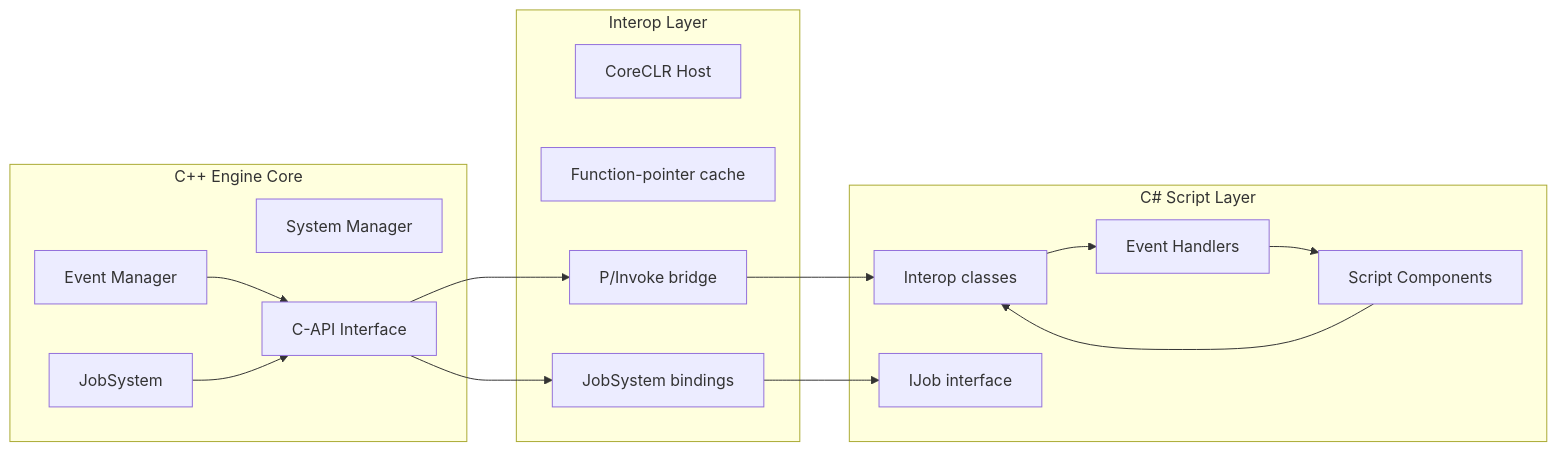
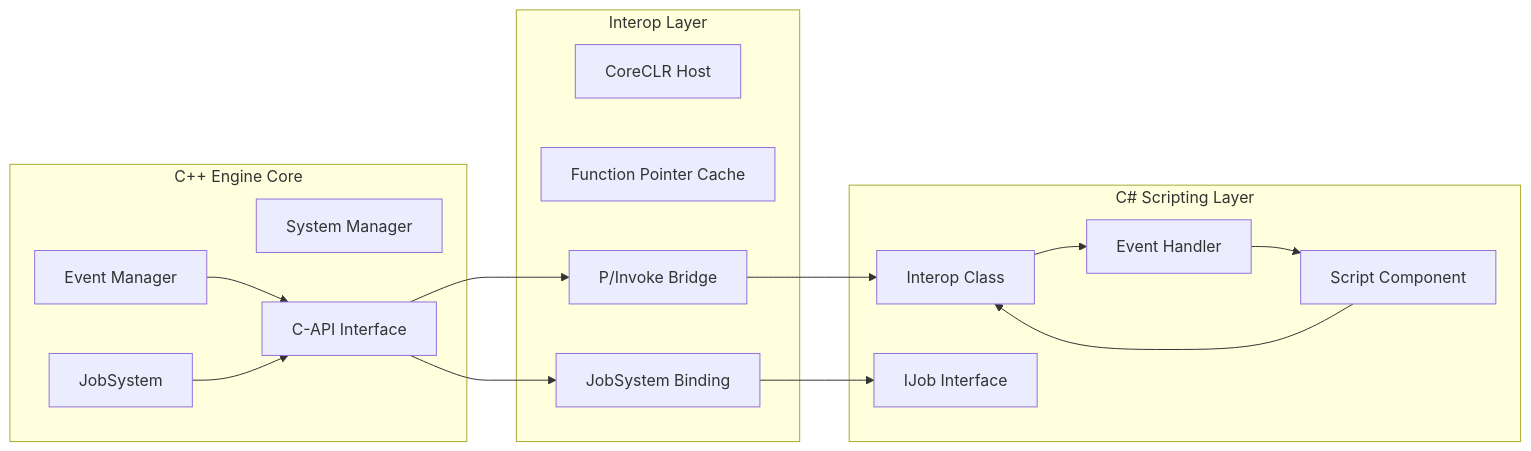
The fifth of 12 diagrams in ARCHITECTURE_EN.md (NGLSG/Luma), drawn with Mermaid before and after one commit. The commit also changed other lines of this file and 61 other files, not shown here.

````diff
--- a/ARCHITECTURE_EN.md
+++ b/ARCHITECTURE_EN.md
@@ -132,25 +129,25 @@
 ```mermaid
 graph LR
     subgraph "C++ Engine Core"
         A[Event Manager]
         B[System Manager]
         C[C-API Interface]
         D[JobSystem]
     end
 
     subgraph "Interop Layer"
         E[CoreCLR Host]
-        F[Function-pointer cache]
-        G[P/Invoke bridge]
-        H[JobSystem bindings]
+        F[Function Pointer Cache]
+        G[P/Invoke Bridge]
+        H[JobSystem Binding]
     end
 
-    subgraph "C# Script Layer"
-        I[Script Components]
-        J[Event Handlers]
-        K[Interop classes]
-        L[IJob interface]
+    subgraph "C# Scripting Layer"
+        I[Script Component]
+        J[Event Handler]
+        K[Interop Class]
+        L[IJob Interface]
     end
 
     A --> C; D --> C; C --> G; C --> H; G --> K; H --> L; K --> J; J --> I; I --> K
 ```
````
